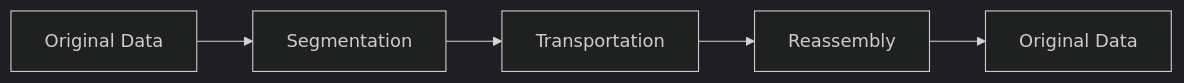
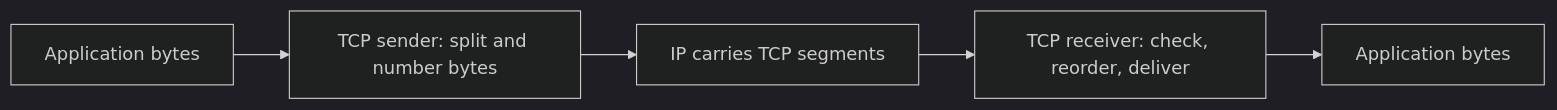
The third of 11 diagrams in computer-network/02-network-models/network-models.md (vanshbaranwal/backend-projects), drawn with Mermaid (dark theme) before and after one commit. The commit also changed other lines of this file and 2 other files, not shown here.

Commit message:
docs(networking): refine notes, analogies, and diagrams

````diff
--- a/computer-network/02-network-models/network-models.md
+++ b/computer-network/02-network-models/network-models.md
@@ -130,7 +149,7 @@
 ```mermaid
 flowchart LR
-    A[Original Data] --> B[Segmentation]
-    B --> C[Transportation]
-    C --> D[Reassembly]
-    D --> E[Original Data]
+    A[Application bytes] --> B[TCP sender: split and number bytes]
+    B --> C[IP carries TCP segments]
+    C --> D[TCP receiver: check, reorder, deliver]
+    D --> E[Application bytes]
 ```
````
